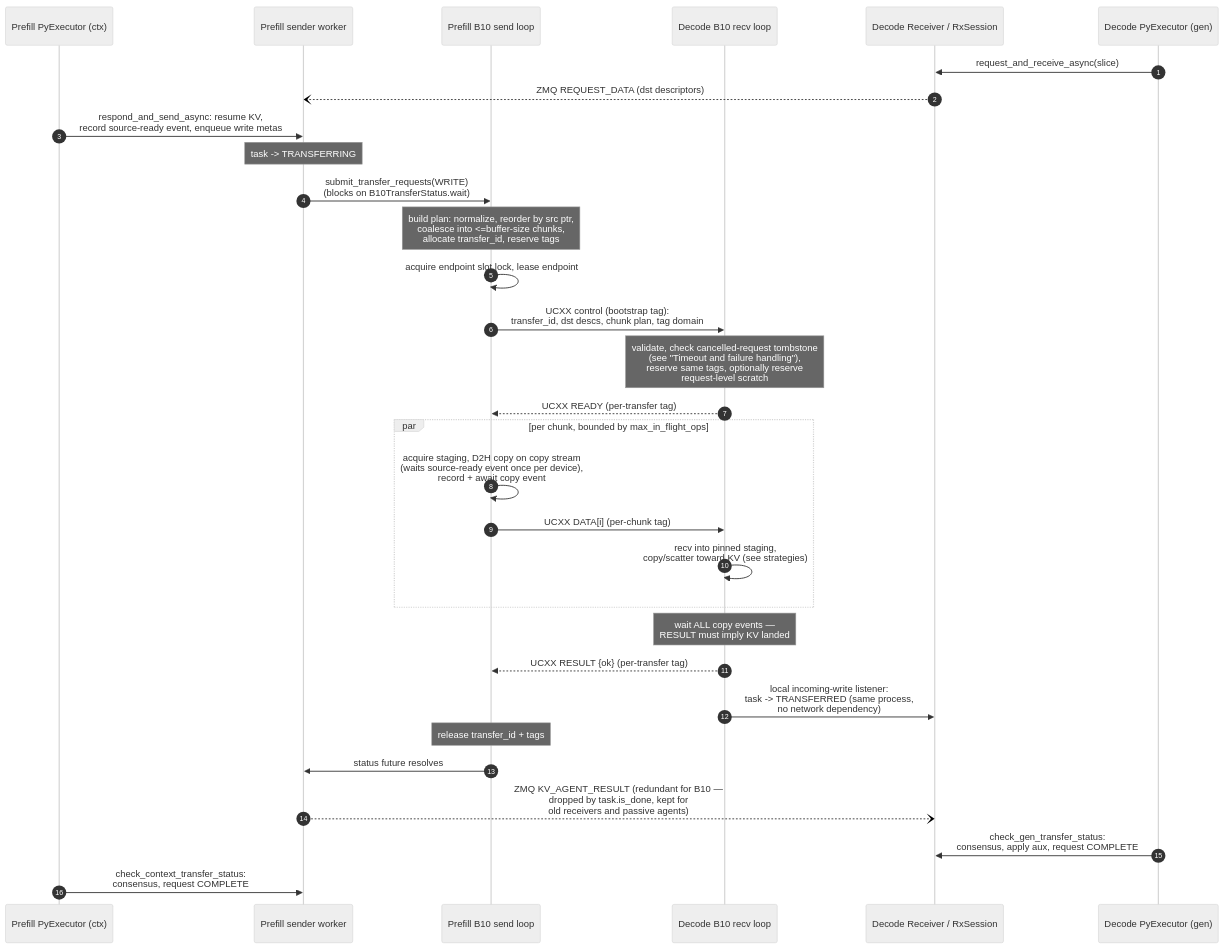
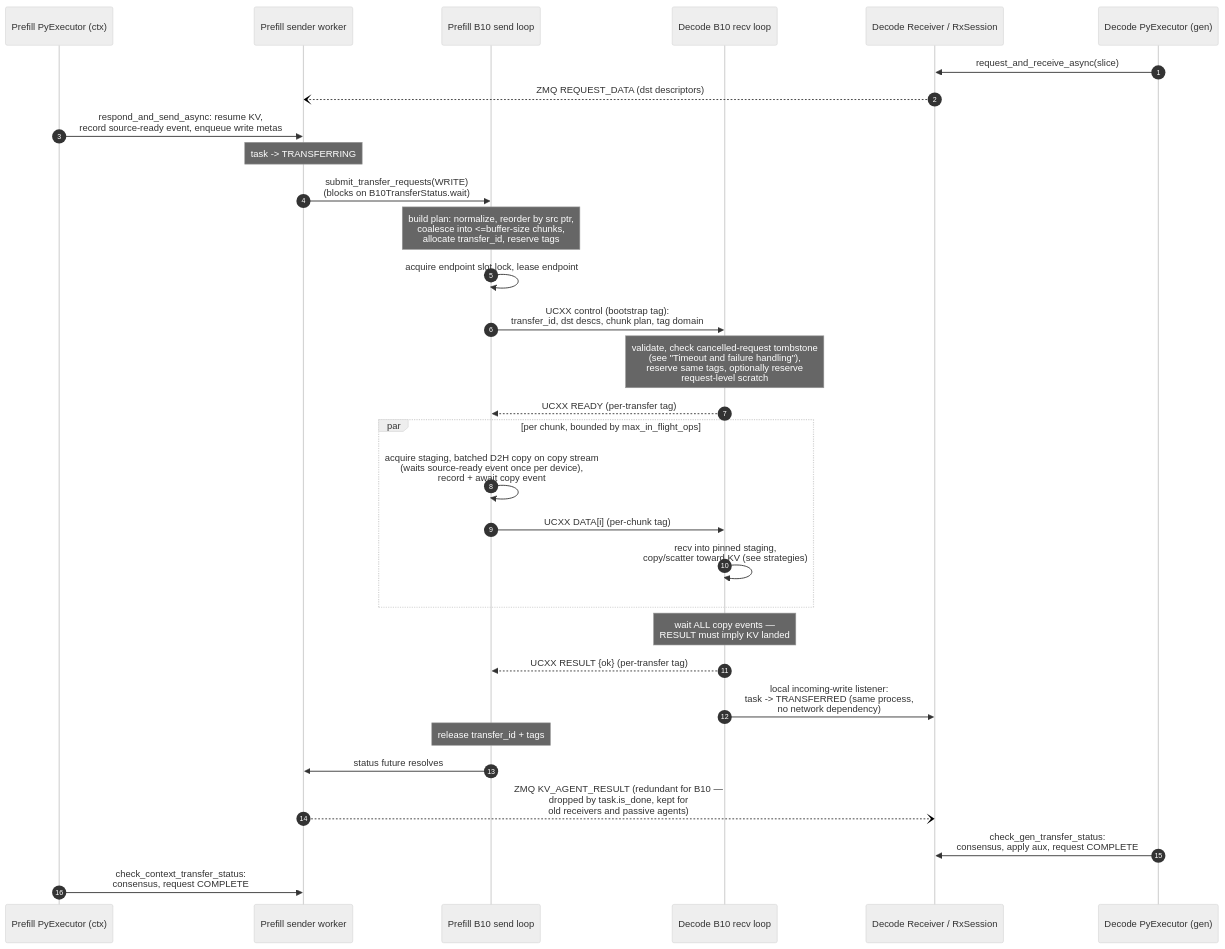
Before and after one commit to michaelfeil/TensorRT-LLM: the second of 4 diagrams in tensorrt_llm/_torch/disaggregation/b10/DESIGN.md, drawn with Mermaid (neutral theme). The commit also changed other lines of this file and 8 other files, not shown here.

First line of the commit message:
[None][fix] Use batched D2H copies for B10 send staging (#229)

````diff
--- a/tensorrt_llm/_torch/disaggregation/b10/DESIGN.md
+++ b/tensorrt_llm/_torch/disaggregation/b10/DESIGN.md
@@ -289,34 +289,34 @@
 ```mermaid
 sequenceDiagram
     autonumber
     participant PEc as Prefill PyExecutor (ctx)
     participant SW as Prefill sender worker
     participant SL as Prefill B10 send loop
     participant RL as Decode B10 recv loop
     participant RXn as Decode Receiver / RxSession
     participant PEg as Decode PyExecutor (gen)
 
     PEg->>RXn: request_and_receive_async(slice)
     RXn--)SW: ZMQ REQUEST_DATA (dst descriptors)
     PEc->>SW: respond_and_send_async: resume KV,<br/>record source-ready event, enqueue write metas
     Note over SW: task -> TRANSFERRING
     SW->>SL: submit_transfer_requests(WRITE)<br/>(blocks on B10TransferStatus.wait)
     Note over SL: build plan: normalize, reorder by src ptr,<br/>coalesce into <=buffer-size chunks,<br/>allocate transfer_id, reserve tags
     SL->>SL: acquire endpoint slot lock, lease endpoint
     SL->>RL: UCXX control (bootstrap tag):<br/>transfer_id, dst descs, chunk plan, tag domain
     Note over RL: validate, check cancelled-request tombstone<br/>(see "Timeout and failure handling"),<br/>reserve same tags, optionally reserve<br/>request-level scratch
     RL-->>SL: UCXX READY (per-transfer tag)
     par per chunk, bounded by max_in_flight_ops
-        SL->>SL: acquire staging, D2H copy on copy stream<br/>(waits source-ready event once per device),<br/>record + await copy event
+        SL->>SL: acquire staging, batched D2H copy on copy stream<br/>(waits source-ready event once per device),<br/>record + await copy event
         SL->>RL: UCXX DATA[i] (per-chunk tag)
         RL->>RL: recv into pinned staging,<br/>copy/scatter toward KV (see strategies)
     end
     Note over RL: wait ALL copy events —<br/>RESULT must imply KV landed
     RL-->>SL: UCXX RESULT {ok} (per-transfer tag)
     RL->>RXn: local incoming-write listener:<br/>task -> TRANSFERRED (same process,<br/>no network dependency)
     Note over SL: release transfer_id + tags
     SL->>SW: status future resolves
     SW--)RXn: ZMQ KV_AGENT_RESULT (redundant for B10 —<br/>dropped by task.is_done, kept for<br/>old receivers and passive agents)
     PEg->>RXn: check_gen_transfer_status:<br/>consensus, apply aux, request COMPLETE
     PEc->>SW: check_context_transfer_status:<br/>consensus, request COMPLETE
 ```
````
